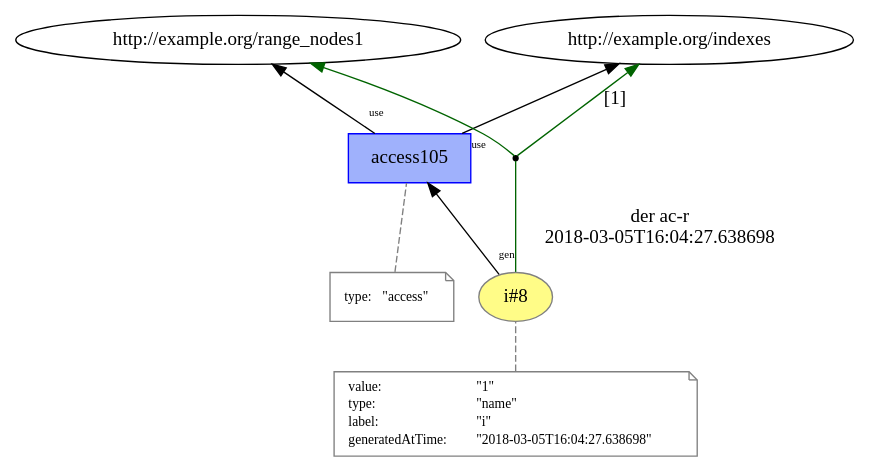
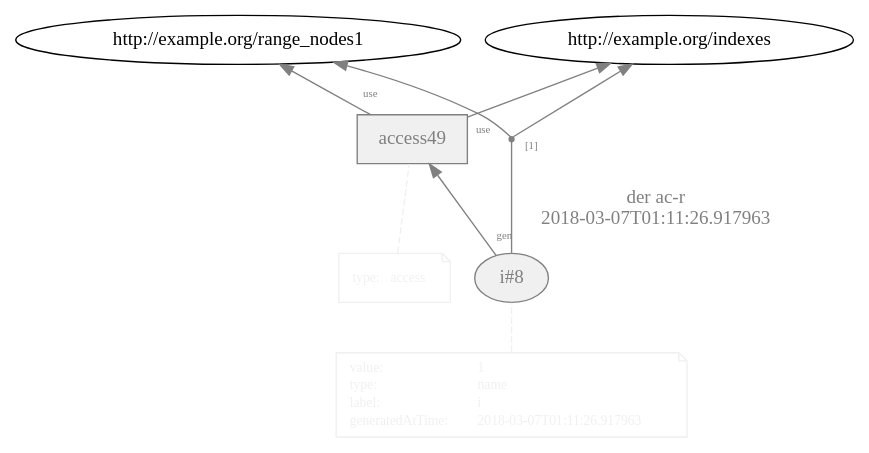
One commit to dew-uff/versioned-prov changed the diagram in images/versioned_prov/temp/L11__loop_access_8.dot. Above: the diagram before and after it, drawn with Graphviz. The commit also changed 580 other files, not shown here.

```diff
--- a/images/versioned_prov/temp/L11__loop_access_8.dot
+++ b/images/versioned_prov/temp/L11__loop_access_8.dot
@@ -1,38 +1,38 @@
 digraph "PROV" { size="16,12"; rankdir="BT";
-"http://example.org/i#8" [fillcolor="#FFFC87",color="#808080",style="filled",label="i#8",URL="http://example.org/i#8"]
-"-attrs0" [color="gray",shape="note",fontsize="10",fontcolor="black",label=<<TABLE cellpadding="0" border="0">
+"http://example.org/i#8" [fillcolor="#F0F0F0",color="gray",style="filled",label="i#8",URL="http://example.org/i#8",fontcolor="gray"]
+"-attrs0" [color="#F0F0F0",shape="note",fontsize="10",fontcolor="black",label=<<TABLE cellpadding="0" border="0">
 	<TR>
-	    <TD align="left">value:</TD>
-	    <TD align="left">&quot;1&quot;</TD>
+	    <TD align="left"><font color="#F0F0F0">value:</font></TD>
+	    <TD align="left"><font color="#F0F0F0">1</font></TD>
 	</TR>
 	<TR>
-	    <TD align="left">type:</TD>
-	    <TD align="left">&quot;name&quot;</TD>
+	    <TD align="left"><font color="#F0F0F0">type:</font></TD>
+	    <TD align="left"><font color="#F0F0F0">name</font></TD>
 	</TR>
 	<TR>
-	    <TD align="left">label:</TD>
-	    <TD align="left">&quot;i&quot;</TD>
+	    <TD align="left"><font color="#F0F0F0">label:</font></TD>
+	    <TD align="left"><font color="#F0F0F0">i</font></TD>
 	</TR>
 	<TR>
-	    <TD align="left">generatedAtTime:</TD>
-	    <TD align="left">&quot;2018-03-05T16:04:27.638698&quot;</TD>
+	    <TD align="left"><font color="#F0F0F0">generatedAtTime:</font></TD>
+	    <TD align="left"><font color="#F0F0F0">2018-03-07T01:11:26.917963</font></TD>
 	</TR>
 </TABLE>>]
-"-attrs0" -> "http://example.org/i#8" [color="gray",style="dashed",arrowhead="none"]
-"http://example.org/access105" [fillcolor="#9FB1FC",color="#0000FF",shape="polygon",sides="4",style="filled",label="access105",URL="http://example.org/access105"]
-"-attrs1" [color="gray",shape="note",fontsize="10",fontcolor="black",label=<<TABLE cellpadding="0" border="0">
+"-attrs0" -> "http://example.org/i#8" [color="#F0F0F0",style="dashed",arrowhead="none"]
+"http://example.org/access49" [fillcolor="#F0F0F0",color="gray",shape="polygon",sides="4",style="filled",label="access49",URL="http://example.org/access49",fontcolor="gray"]
+"-attrs1" [color="#F0F0F0",shape="note",fontsize="10",fontcolor="black",label=<<TABLE cellpadding="0" border="0">
 	<TR>
-	    <TD align="left">type:</TD>
-	    <TD align="left">&quot;access&quot;</TD>
+	    <TD align="left"><font color="#F0F0F0">type:</font></TD>
+	    <TD align="left"><font color="#F0F0F0">access</font></TD>
 	</TR>
 </TABLE>>]
-"-attrs1" -> "http://example.org/access105" [color="gray",style="dashed",arrowhead="none"]
-"http://example.org/access105" -> "http://example.org/range_nodes1" [labelfontsize="8",labeldistance="1.5",labelangle="60.0",rotation="20",taillabel="use"]
-"bn0" [shape="point",label=""]
+"-attrs1" -> "http://example.org/access49" [color="#F0F0F0",style="dashed",arrowhead="none"]
+"http://example.org/access49" -> "http://example.org/range_nodes1" [labelfontsize="8",labeldistance="1.5",labelangle="60.0",rotation="20",taillabel="use",fontcolor="gray",color="gray"]
+"bn0" [shape="point",label="",fontcolor="gray",color="gray"]
 "http://example.org/i#8" -> "bn0" [arrowhead="none",label="der ac-r
-2018-03-05T16:04:27.638698",color="darkgreen"]
-"bn0" -> "http://example.org/indexes" [labelfontsize="8",labeldistance="1.5",color="darkgreen",labelangle="60.0",rotation="20",label="[1]"]
-"bn0" -> "http://example.org/range_nodes1" [color="darkgreen"]
-"http://example.org/i#8" -> "http://example.org/access105" [labelfontsize="8",labeldistance="1.5",labelangle="60.0",rotation="20",taillabel="gen"]
-"http://example.org/access105" -> "http://example.org/indexes" [labelfontsize="8",labeldistance="1.5",labelangle="60.0",rotation="20",taillabel="use"]
+2018-03-07T01:11:26.917963",color="gray",fontcolor="gray"]
+"bn0" -> "http://example.org/indexes" [labelfontsize="8",labeldistance="1.5",labelangle="60.0",rotation="20",taillabel="[1]",fontcolor="gray",color="gray"]
+"bn0" -> "http://example.org/range_nodes1" [color="gray",fontcolor="gray"]
+"http://example.org/i#8" -> "http://example.org/access49" [labelfontsize="8",labeldistance="1.5",labelangle="60.0",rotation="20",taillabel="gen",fontcolor="gray",color="gray"]
+"http://example.org/access49" -> "http://example.org/indexes" [labelfontsize="8",labeldistance="1.5",labelangle="60.0",rotation="20",taillabel="use",fontcolor="gray",color="gray"]
 }
```
